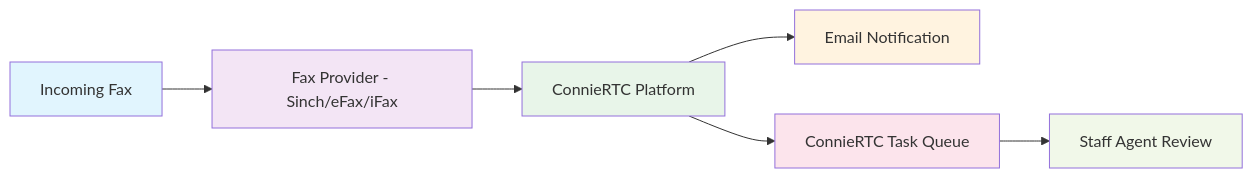
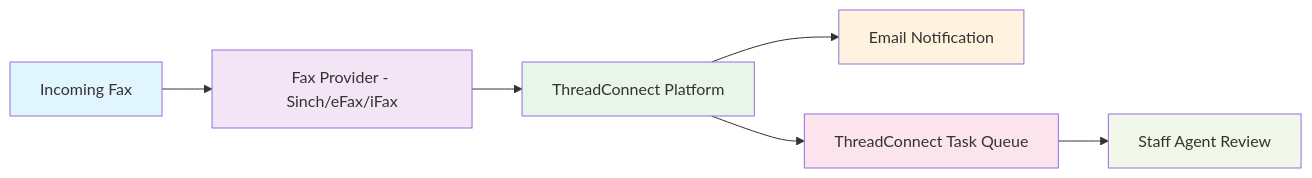
One commit to ConnieML/docs.connie changed the diagram in docs/end-users/administrators/channels/fax/select-provider.md. Above: the diagram before and after it, drawn with Mermaid. The commit also changed other lines of this file and 129 other files, not shown here.

First line of the commit message:
Rebrand ConnieRTC -> ThreadConnect across docs (CEO approval 2026-10-30, round 2)

````diff
--- a/docs/end-users/administrators/channels/fax/select-provider.md
+++ b/docs/end-users/administrators/channels/fax/select-provider.md
@@ -17,15 +17,15 @@
 ```mermaid
 flowchart LR
     A[Incoming Fax] --> B[Fax Provider - Sinch/eFax/iFax]
-    B --> C[ConnieRTC Platform]
+    B --> C[ThreadConnect Platform]
     C --> D[Email Notification]
-    C --> E[ConnieRTC Task Queue]
+    C --> E[ThreadConnect Task Queue]
     E --> F[Staff Agent Review]
     
     style A fill:#e1f5fe
     style B fill:#f3e5f5
     style C fill:#e8f5e9
     style D fill:#fff3e0
     style E fill:#fce4ec
     style F fill:#f1f8e9
 ```
````
